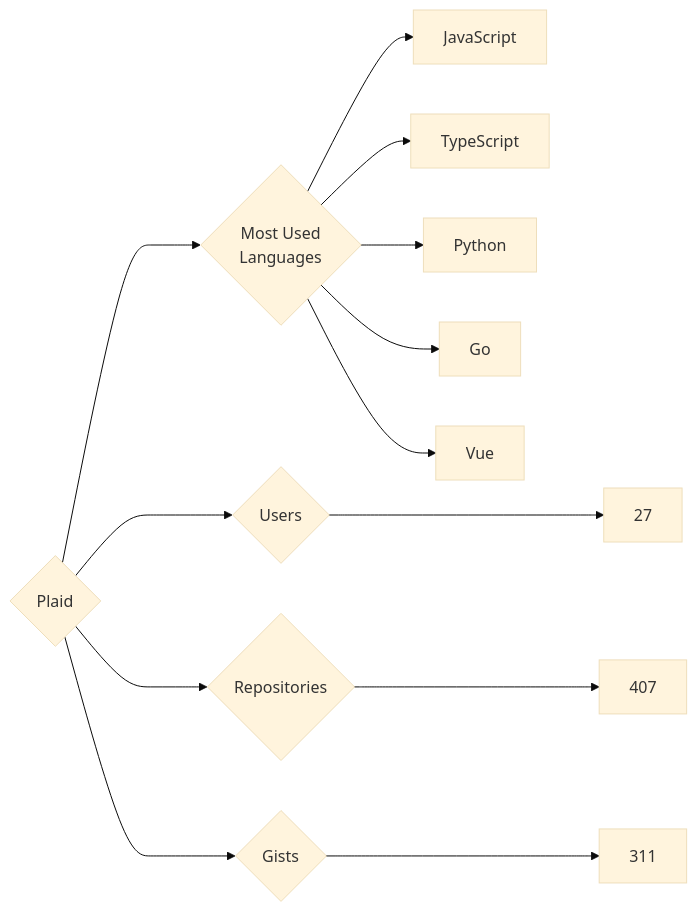
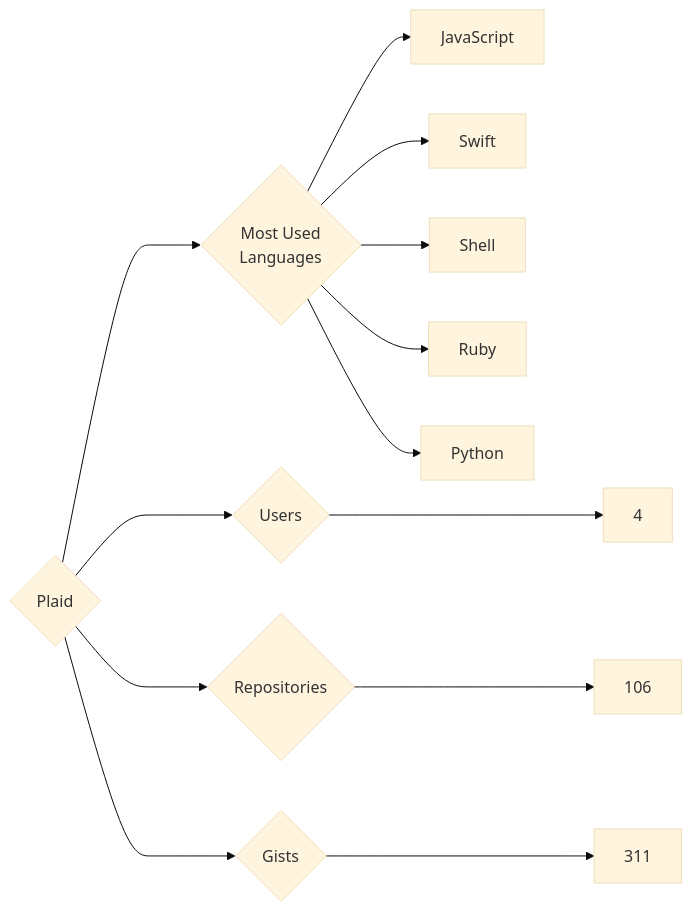
The diagram in targets/Plaid/README.md (trickest/insiders), drawn with Mermaid (base theme) before and after one commit. The commit also changed 681 other files, not shown here.

````diff
--- a/targets/Plaid/README.md
+++ b/targets/Plaid/README.md
@@ -3,13 +3,13 @@
 ```mermaid
 graph LR
 COMPANY_NAME{Plaid}
-COMPANY_NAME ---> U{Users} ---> UN[27]
-COMPANY_NAME ---> R{Repositories} ---> RN[407]
+COMPANY_NAME ---> U{Users} ---> UN[4]
+COMPANY_NAME ---> R{Repositories} ---> RN[106]
 COMPANY_NAME ---> G{Gists} ---> GN[311]
 COMPANY_NAME ---> ML{Most Used<br>Languages}
 ML --> JavaScript[JavaScript]
-ML --> TypeScript[TypeScript]
+ML --> Swift[Swift]
+ML --> Shell[Shell]
+ML --> Ruby[Ruby]
 ML --> Python[Python]
-ML --> Go[Go]
-ML --> Vue[Vue]
 ```
````
